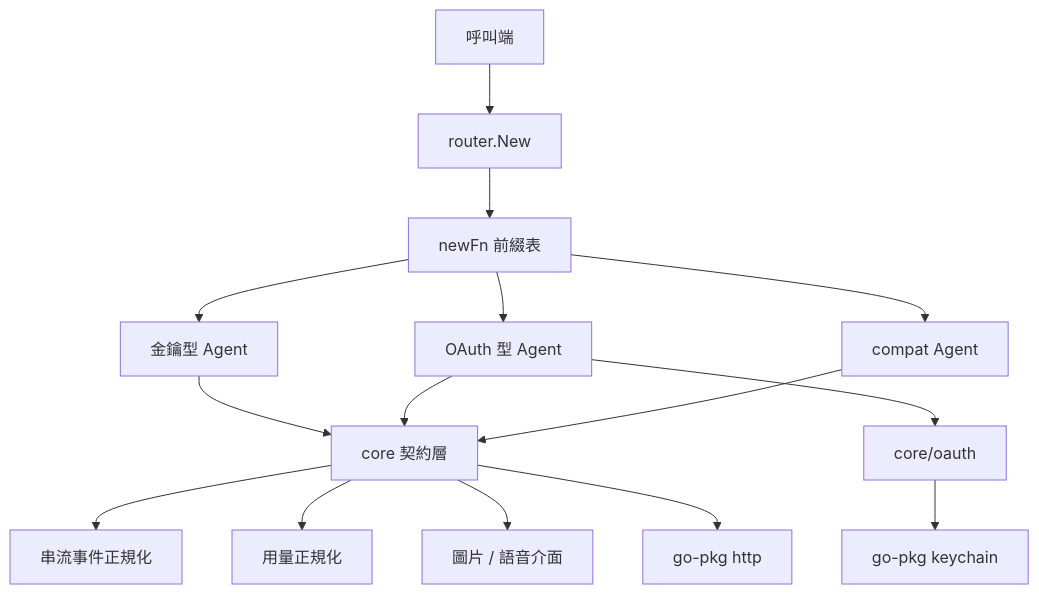
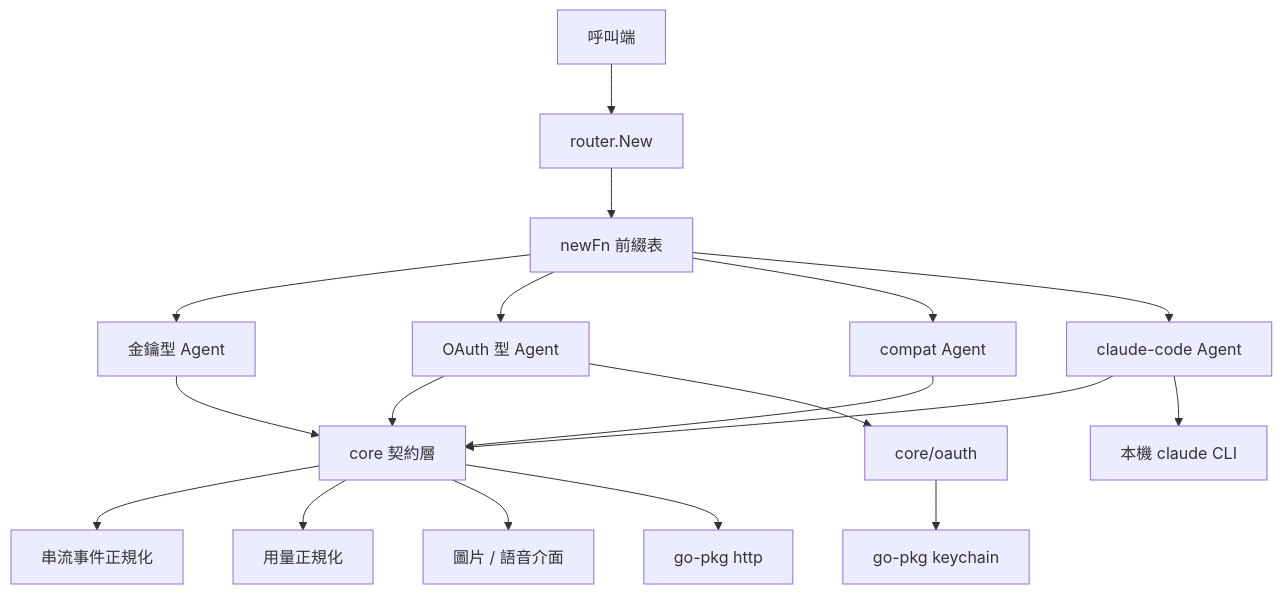
One commit to pardnchiu/go-llm-router changed the first of 11 diagrams in doc/architecture.zh.md. Above: the diagram before and after it, drawn with Mermaid. The commit also changed other lines of this file and 5 other files, not shown here.

Commit message:
doc: Document SSE watchdog, claude-code provider, and PROVIDER_* constants

````diff
--- a/doc/architecture.zh.md
+++ b/doc/architecture.zh.md
@@ -22,20 +22,23 @@
 ```mermaid
 graph TB
     App[呼叫端] --> Router[router.New]
     Router --> Registry[newFn 前綴表]
     Registry --> KeyAgents[金鑰型 Agent]
     Registry --> OAuthAgents[OAuth 型 Agent]
     Registry --> CompatAgent[compat Agent]
+    Registry --> CLIAgent[claude-code Agent]
 
     KeyAgents --> Core[core 契約層]
     OAuthAgents --> Core
     CompatAgent --> Core
+    CLIAgent --> Core
+    CLIAgent --> ClaudeCLI[本機 claude CLI]
 
     OAuthAgents --> OAuth[core/oauth]
     OAuth --> Keychain[go-pkg keychain]
 
     Core --> Stream[串流事件正規化]
     Core --> Usage[用量正規化]
     Core --> Media[圖片 / 語音介面]
     Core --> HTTP[go-pkg http]
 ```
````
